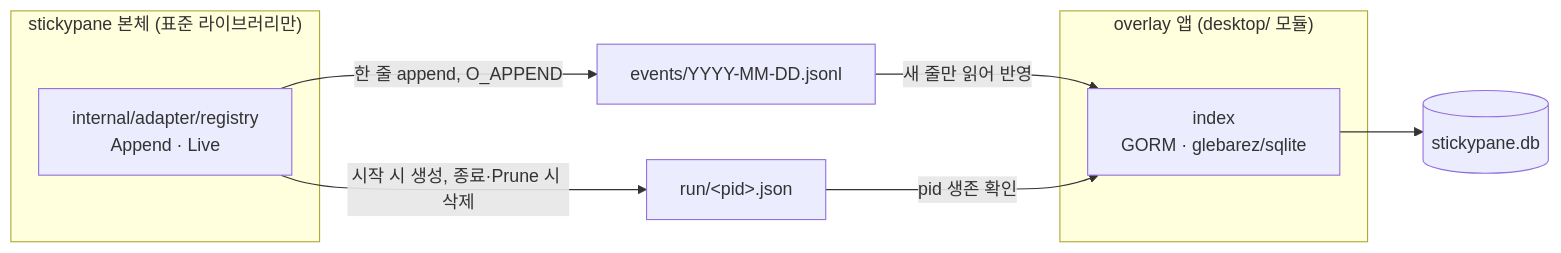
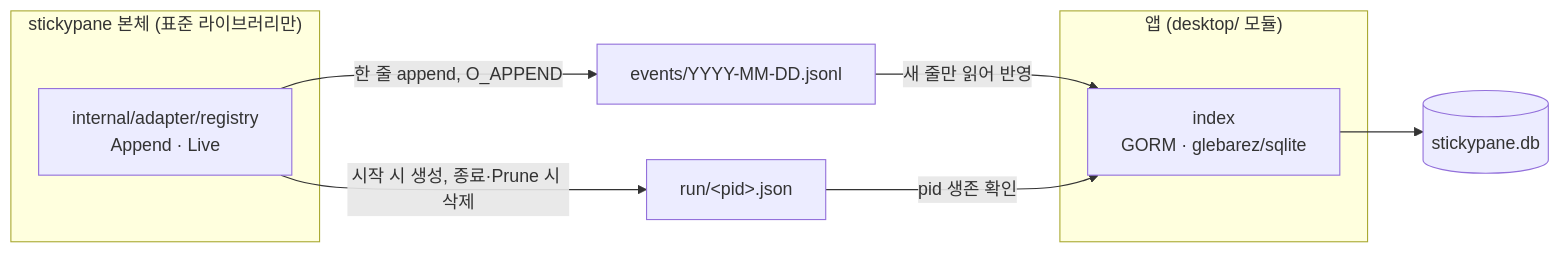
Before and after one commit to LeeSwallow/stickypane: the second of 3 diagrams in docs/desktop/08-app-home-and-sessions.md, drawn with Mermaid. The commit also changed other lines of this file and 36 other files, not shown here.

First line of the commit message:
docs: the overlay is the app, in the docs and comments (#51)

````diff
--- a/docs/desktop/08-app-home-and-sessions.md
+++ b/docs/desktop/08-app-home-and-sessions.md
@@ -101,14 +101,14 @@
 ```mermaid
 flowchart LR
   subgraph main["stickypane 본체 (표준 라이브러리만)"]
     reg["internal/adapter/registry<br/>Append · Live"]
   end
-  subgraph app["overlay 앱 (desktop/ 모듈)"]
+  subgraph app["앱 (desktop/ 모듈)"]
     idx["index<br/>GORM · glebarez/sqlite"]
   end
   reg -->|"한 줄 append, O_APPEND"| ev["events/YYYY-MM-DD.jsonl"]
   reg -->|"시작 시 생성, 종료·Prune 시 삭제"| run["run/&lt;pid&gt;.json"]
   ev -->|"새 줄만 읽어 반영"| idx
   run -->|"pid 생존 확인"| idx
   idx --> db[("stickypane.db")]
 ```
````
